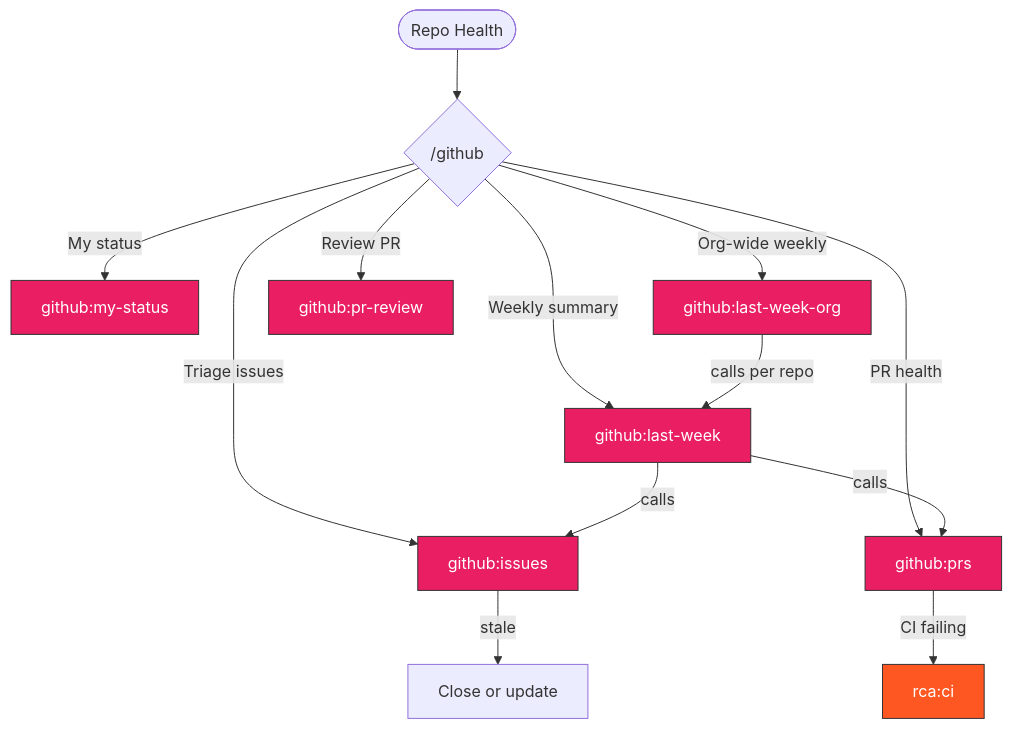
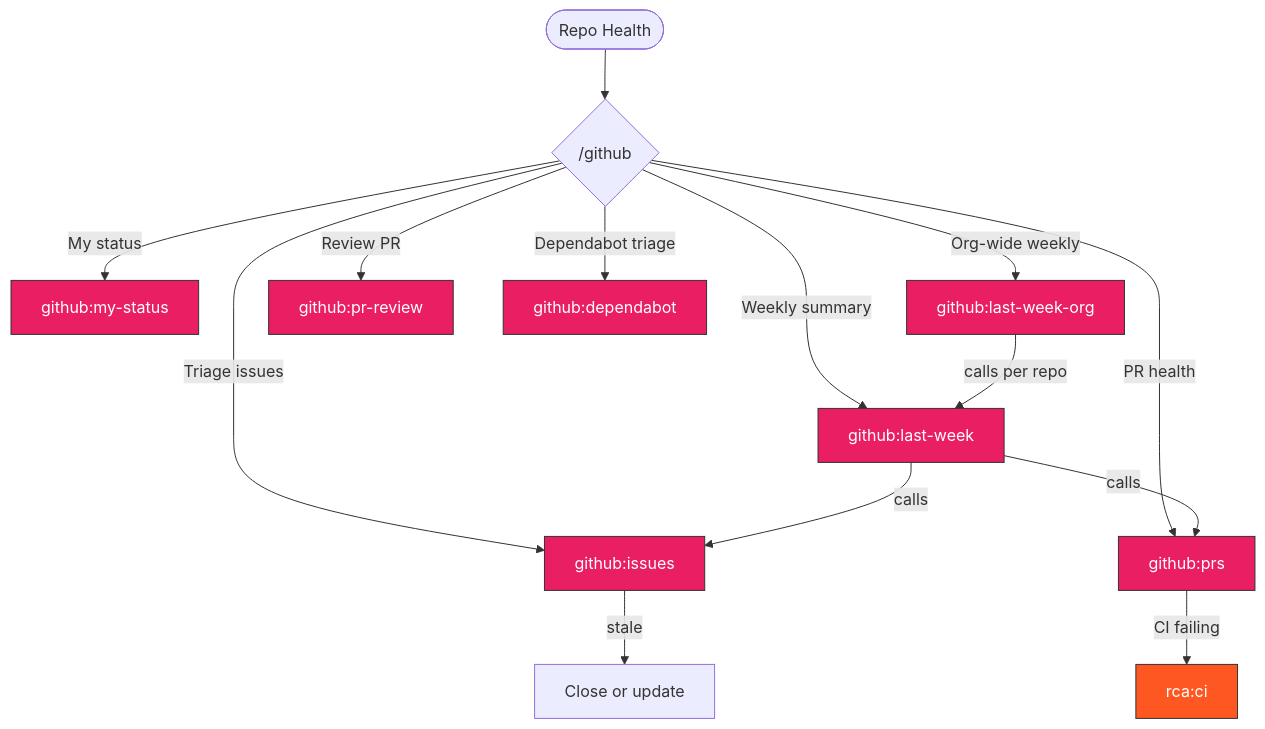
Before and after one commit to pdettori/kagenti: the diagram in .claude/skills/github/SKILL.md, drawn with Mermaid. The commit also changed other lines of this file and 1 other file, not shown here.

First line of the commit message:
docs(skills): add github:dependabot skill for Dependabot PR triage

````diff
--- a/.claude/skills/github/SKILL.md
+++ b/.claude/skills/github/SKILL.md
@@ -6,19 +6,20 @@
 ```mermaid
 flowchart TD
     START([Repo Health]) --> GH{"/github"}
     GH -->|My status| MYSTATUS["github:my-status"]:::github
     GH -->|Weekly summary| WEEK["github:last-week"]:::github
     GH -->|Org-wide weekly| ORGWEEK["github:last-week-org"]:::github
     GH -->|Triage issues| ISSUES["github:issues"]:::github
     GH -->|PR health| PRS["github:prs"]:::github
     GH -->|Review PR| PRREVIEW["github:pr-review"]:::github
+    GH -->|Dependabot triage| DEPBOT["github:dependabot"]:::github
 
     ORGWEEK -->|calls per repo| WEEK
     WEEK -->|calls| ISSUES
     WEEK -->|calls| PRS
     ISSUES -->|stale| CLOSE[Close or update]
     PRS -->|CI failing| RCA["rca:ci"]:::rca
 
     classDef github fill:#E91E63,stroke:#333,color:white
     classDef rca fill:#FF5722,stroke:#333,color:white
 ```
````
